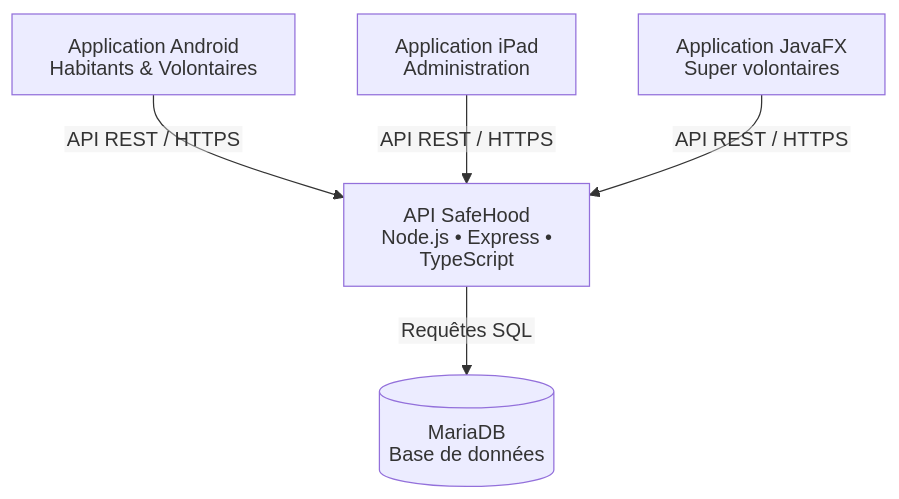
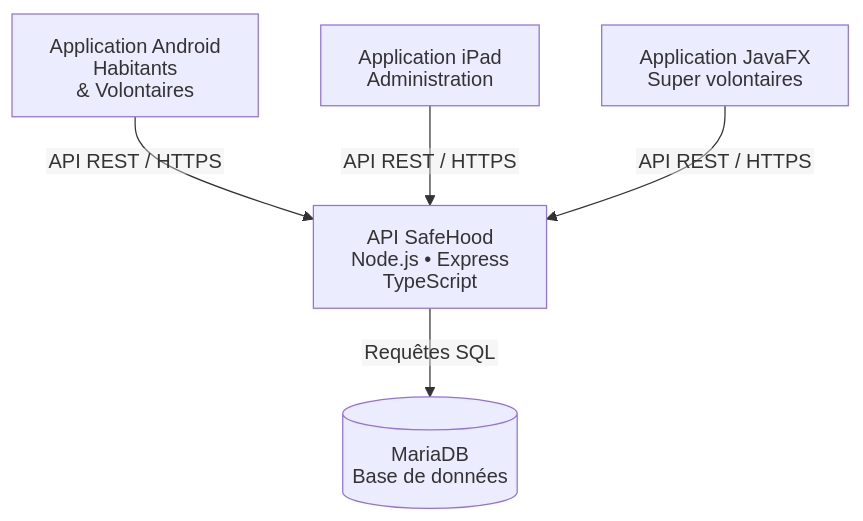
One commit to moustapha93210/SafeHood-Team changed the diagram in README.md. Above: the diagram before and after it, drawn with Mermaid. The commit also changed other lines of this file, not shown here.

````diff
--- a/README.md
+++ b/README.md
@@ -148,28 +148,30 @@
 ```mermaid
 ---
 config:
   htmlLabels: false
 ---
 flowchart TD
 
     Android["`Application Android
-    Habitants & Volontaires`"]
+    Habitants
+    & Volontaires`"]
 
     iPad["`Application iPad
     Administration`"]
 
     JavaFX["`Application JavaFX
     Super volontaires`"]
 
     API["`API SafeHood
-    Node.js • Express • TypeScript`"]
+    Node.js • Express
+    TypeScript`"]
 
     DB[("`MariaDB
     Base de données`")]
 
     Android -->|API REST / HTTPS| API
     iPad -->|API REST / HTTPS| API
     JavaFX -->|API REST / HTTPS| API
 
     API -->|Requêtes SQL| DB
 ```
````
